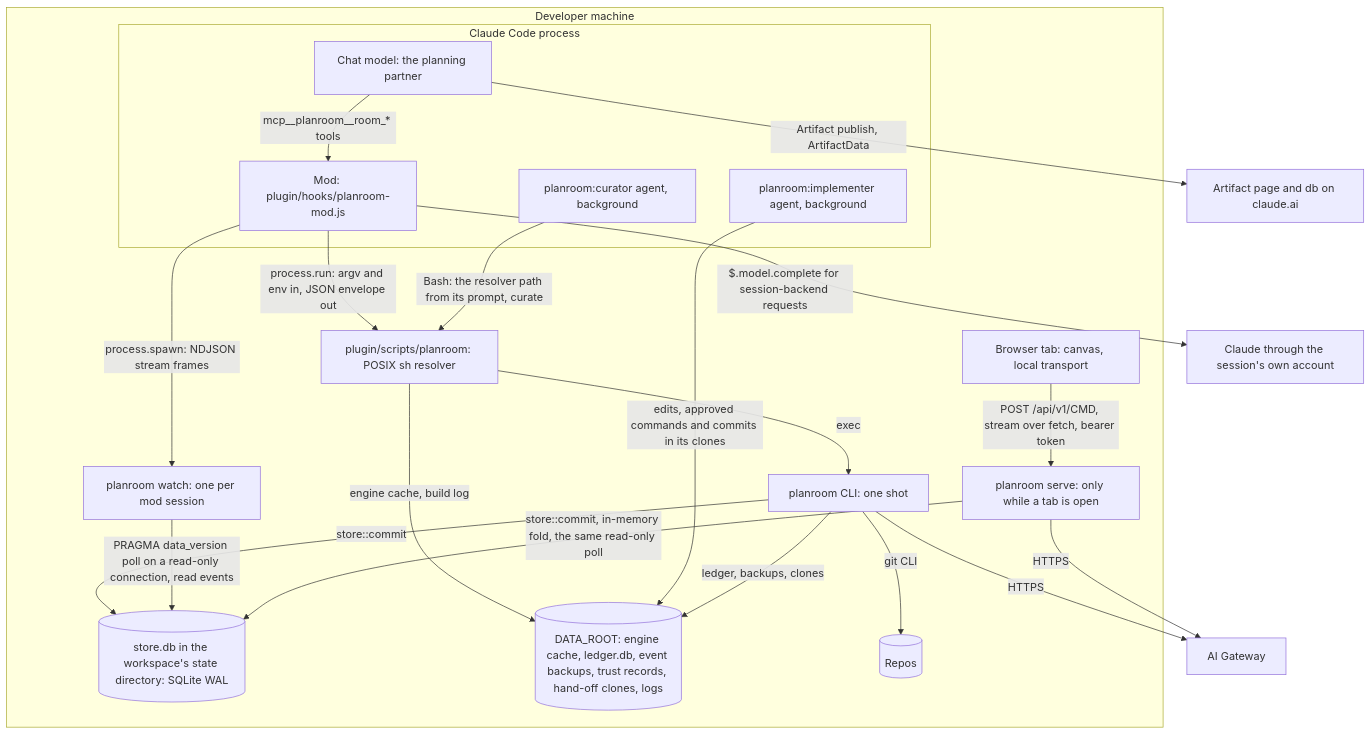
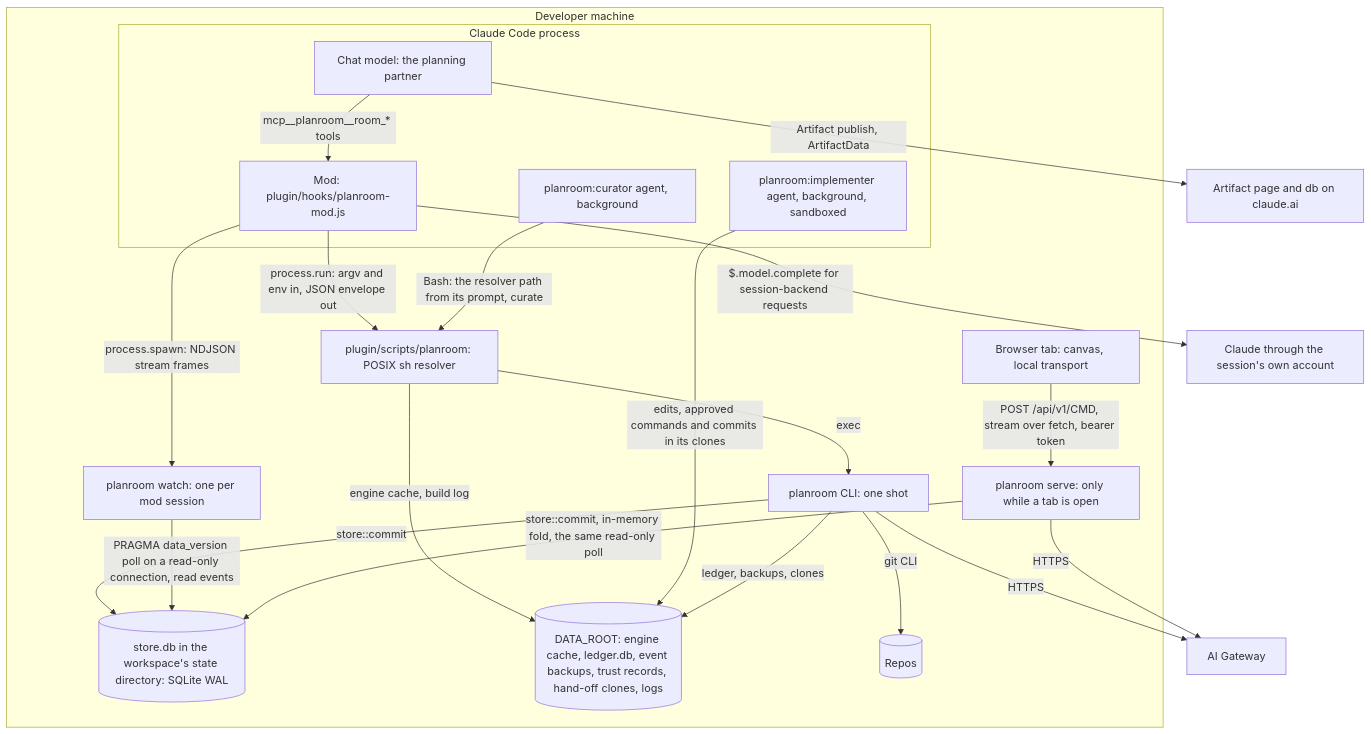
The second of 7 diagrams in docs/contributing/architecture.md (doodla/planroom), drawn with Mermaid before and after one commit. The commit also changed other lines of this file and 11 other files, not shown here.

First line of the commit message:
Close Phase 3: architecture review rounds 1 to 3, accepted risks signed off

````diff
--- a/docs/contributing/architecture.md
+++ b/docs/contributing/architecture.md
@@ -110,39 +110,39 @@
 ```mermaid
 flowchart TB
   subgraph machine["Developer machine"]
     subgraph ccp["Claude Code process"]
       mod["Mod: plugin/hooks/planroom-mod.js"]
       chat["Chat model: the planning partner"]
-      impl["planroom:implementer agent, background"]
+      impl["planroom:implementer agent, background, sandboxed"]
       cur["planroom:curator agent, background"]
     end
     resolver["plugin/scripts/planroom: POSIX sh resolver"]
     cli["planroom CLI: one shot"]
     watch["planroom watch: one per mod session"]
     serve["planroom serve: only while a tab is open"]
     db[("store.db in the workspace's state directory: SQLite WAL")]
     data[("DATA_ROOT: engine cache, ledger.db, event backups, trust records, hand-off clones, logs")]
     repos[("Repos")]
     tab["Browser tab: canvas, local transport"]
   end
   gw["AI Gateway"]
   acct["Claude through the session's own account"]
   art["Artifact page and db on claude.ai"]
   chat -- "mcp__planroom__room_* tools" --> mod
   mod -- "process.run: argv and env in, JSON envelope out" --> resolver
   mod -- "process.spawn: NDJSON stream frames" --> watch
   mod -- "$.model.complete for session-backend requests" --> acct
   resolver -- "exec" --> cli
   resolver -- "engine cache, build log" --> data
   cur -- "Bash: the resolver path from its prompt, curate" --> resolver
   impl -- "edits, approved commands and commits in its clones" --> data
   cli -- "store::commit" --> db
   cli -- "ledger, backups, clones" --> data
   watch -- "PRAGMA data_version poll on a read-only connection, read events" --> db
   serve -- "store::commit, in-memory fold, the same read-only poll" --> db
   cli -- "git CLI" --> repos
   tab -- "POST /api/v1/CMD, stream over fetch, bearer token" --> serve
   cli -- "HTTPS" --> gw
   serve -- "HTTPS" --> gw
   chat -- "Artifact publish, ArtifactData" --> art
 ```
````
